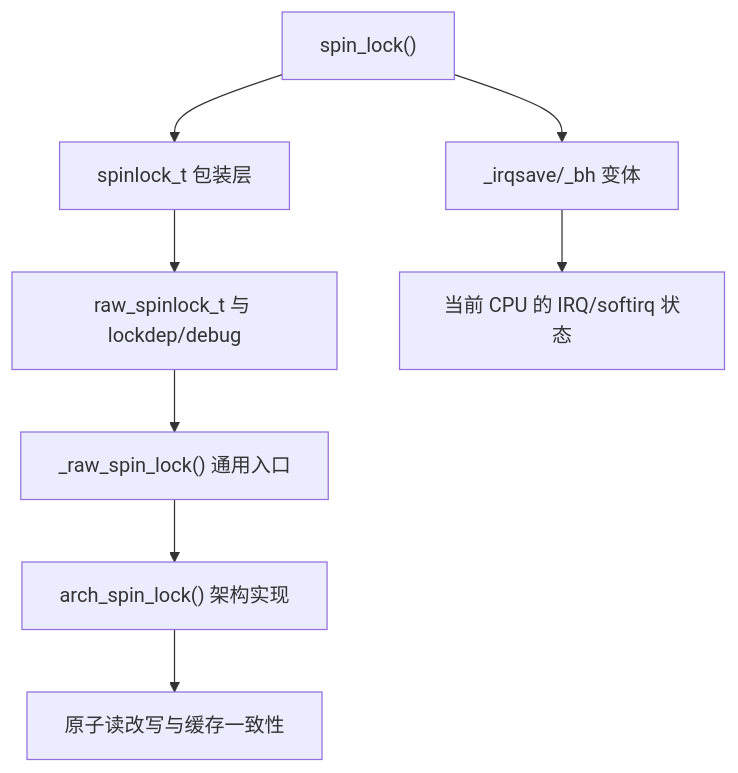
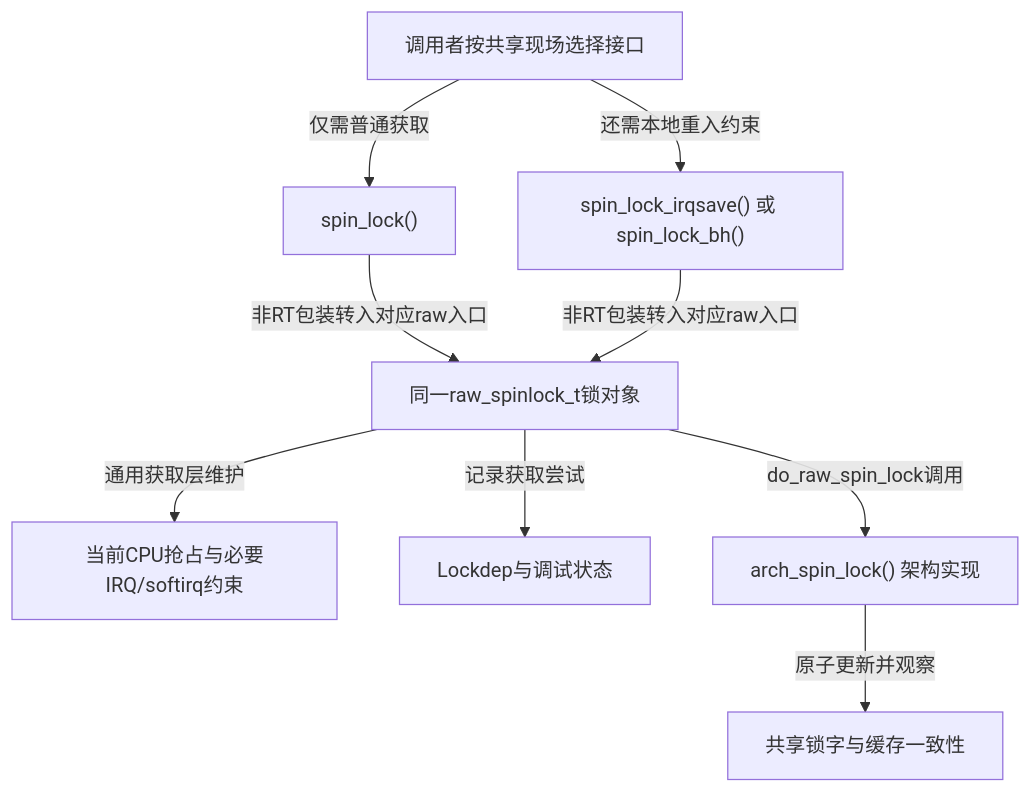
One commit to FormingSystem/linux_note changed the first of 3 diagrams in knowledge/linux/synchronization_and_asynchrony/synchronization/locks/P04_spinlock实现与上下文边界.md. Above: the diagram before and after it, drawn with Mermaid. The commit also changed other lines of this file and 1 other file, not shown here.

First line of the commit message:
content(linux/locking): 分开释放资格与收尾并校正票号锁关系图

````diff
--- a/knowledge/linux/synchronization_and_asynchrony/synchronization/locks/P04_spinlock实现与上下文边界.md
+++ b/knowledge/linux/synchronization_and_asynchrony/synchronization/locks/P04_spinlock实现与上下文边界.md
@@ -20,10 +20,11 @@
 ```mermaid
 flowchart TD
-    A["spin_lock()"] --> B["spinlock_t 包装层"]
-    B --> C["raw_spinlock_t 与 lockdep/debug"]
-    C --> D["_raw_spin_lock() 通用入口"]
-    D --> E["arch_spin_lock() 架构实现"]
-    E --> F["原子读改写与缓存一致性"]
-    A --> G["_irqsave/_bh 变体"]
-    G --> H["当前 CPU 的 IRQ/softirq 状态"]
+    A["调用者按共享现场选择接口"] -->|仅需普通获取| B["spin_lock()"]
+    A -->|还需本地重入约束| G["spin_lock_irqsave() 或 spin_lock_bh()"]
+    B -->|非RT包装转入对应raw入口| C["同一raw_spinlock_t锁对象"]
+    G -->|非RT包装转入对应raw入口| C
+    C -->|通用获取层维护| H["当前CPU抢占与必要IRQ/softirq约束"]
+    C -->|记录获取尝试| L["Lockdep与调试状态"]
+    C -->|do_raw_spin_lock调用| E["arch_spin_lock() 架构实现"]
+    E -->|原子更新并观察| F["共享锁字与缓存一致性"]
 ```
````
